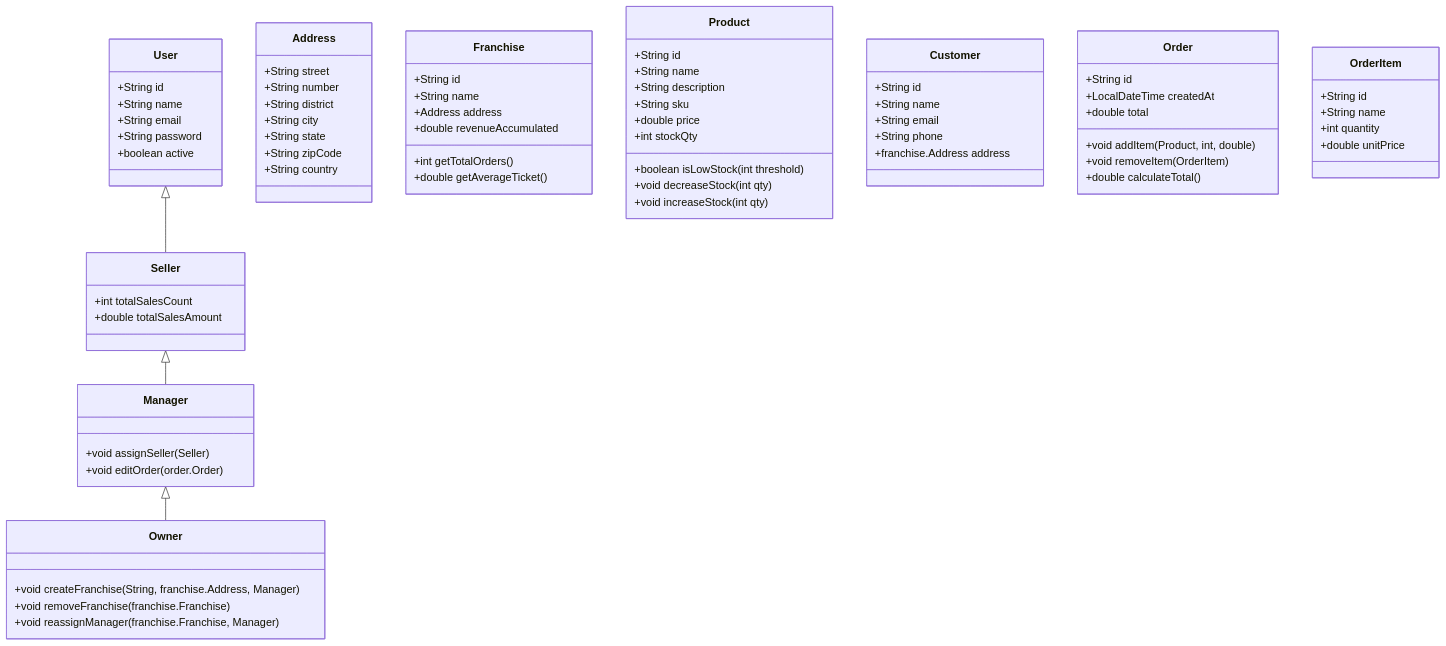
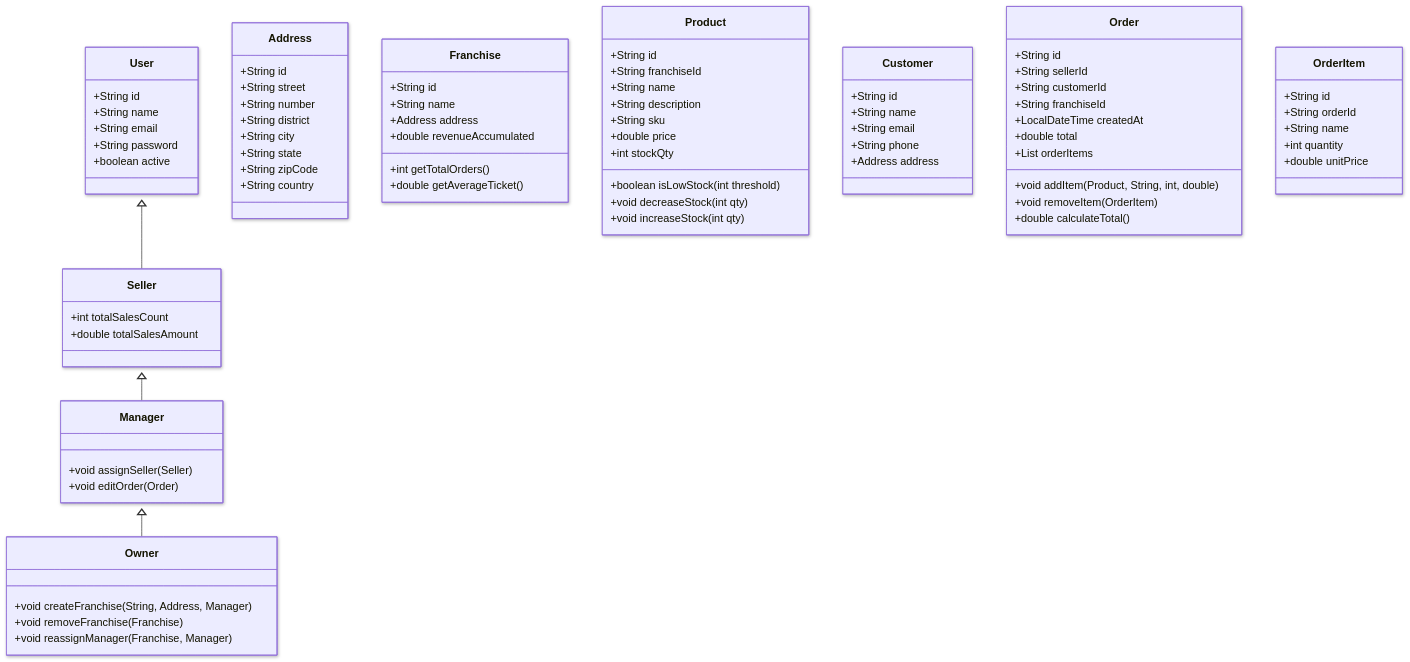
The diagram in readme.md (W8jonas/gerenciador-de-franquias), drawn with Mermaid before and after one commit.

Commit message:
Atualiza diagrama de classes, adicionar Ids e relacionamentos iniciais

````diff
--- a/readme.md
+++ b/readme.md
@@ -82,7 +82,12 @@
 ``` mermaid
+---
+config:
+  theme: default
+  look: neo
+  layout: dagre
+---
 classDiagram
 direction TB
-
 class User {
   +String id
   +String name
@@ -90,24 +95,21 @@
   +String password
   +boolean active
 }
-
 class Seller {
   +int totalSalesCount
   +double totalSalesAmount
 }
-
 class Manager {
   +void assignSeller(Seller)
-  +void editOrder(order.Order)
+  +void editOrder(Order)
 }
-
 class Owner {
-  +void createFranchise(String, franchise.Address, Manager)
-  +void removeFranchise(franchise.Franchise)
-  +void reassignManager(franchise.Franchise, Manager)
+  +void createFranchise(String, Address, Manager)
+  +void removeFranchise(Franchise)
+  +void reassignManager(Franchise, Manager)
 }
-
 class Address {
+  +String id
   +String street
   +String number
   +String district
@@ -116,7 +118,6 @@
   +String zipCode
   +String country
 }
-
 class Franchise {
   +String id
   +String name
@@ -125,9 +126,9 @@
   +int getTotalOrders()
   +double getAverageTicket()
 }
-
 class Product {
   +String id
+  +String franchiseId
   +String name
   +String description
   +String sku
@@ -137,33 +138,33 @@
   +void decreaseStock(int qty)
   +void increaseStock(int qty)
 }
-
 class Customer {
   +String id
   +String name
   +String email
   +String phone
-  +franchise.Address address
+  +Address address
 }
-
 class Order {
   +String id
+  +String sellerId
+  +String customerId
+  +String franchiseId
   +LocalDateTime createdAt
   +double total
-  +void addItem(Product, int, double)
+  +List<OrderItem> orderItems
+  +void addItem(Product, String, int, double)
   +void removeItem(OrderItem)
   +double calculateTotal()
 }
-
 class OrderItem {
   +String id
+  +String orderId
   +String name
   +int quantity
   +double unitPrice
 }
-
 User <|-- Seller
 Seller <|-- Manager
 Manager <|-- Owner
-
 ```
````
